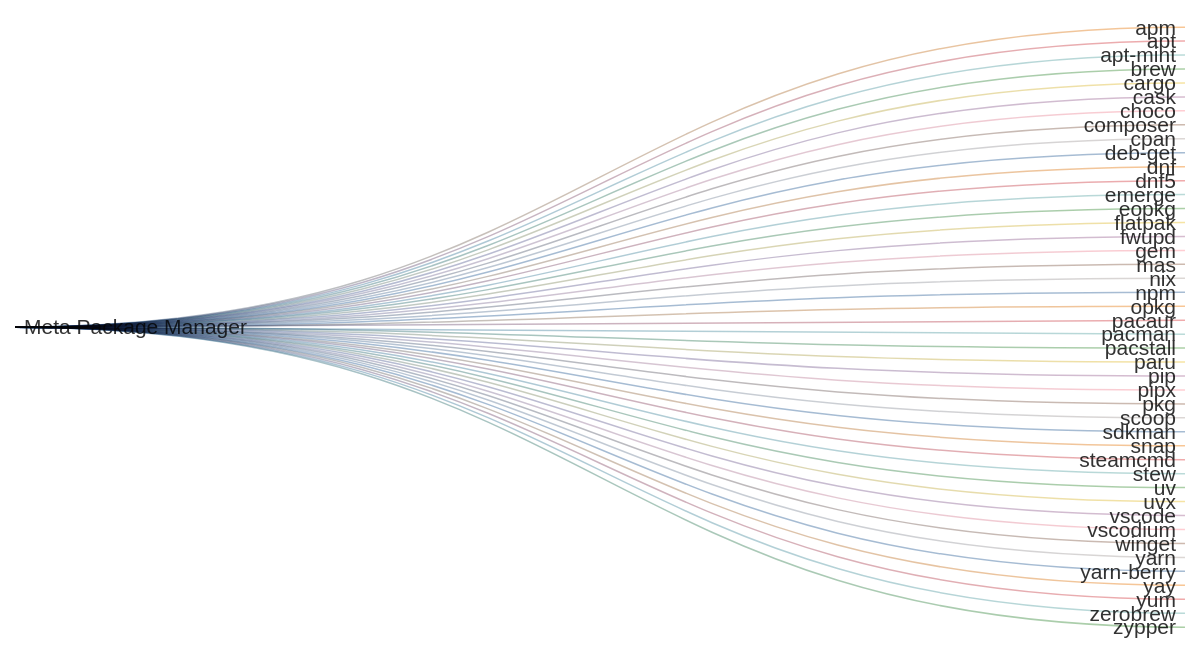
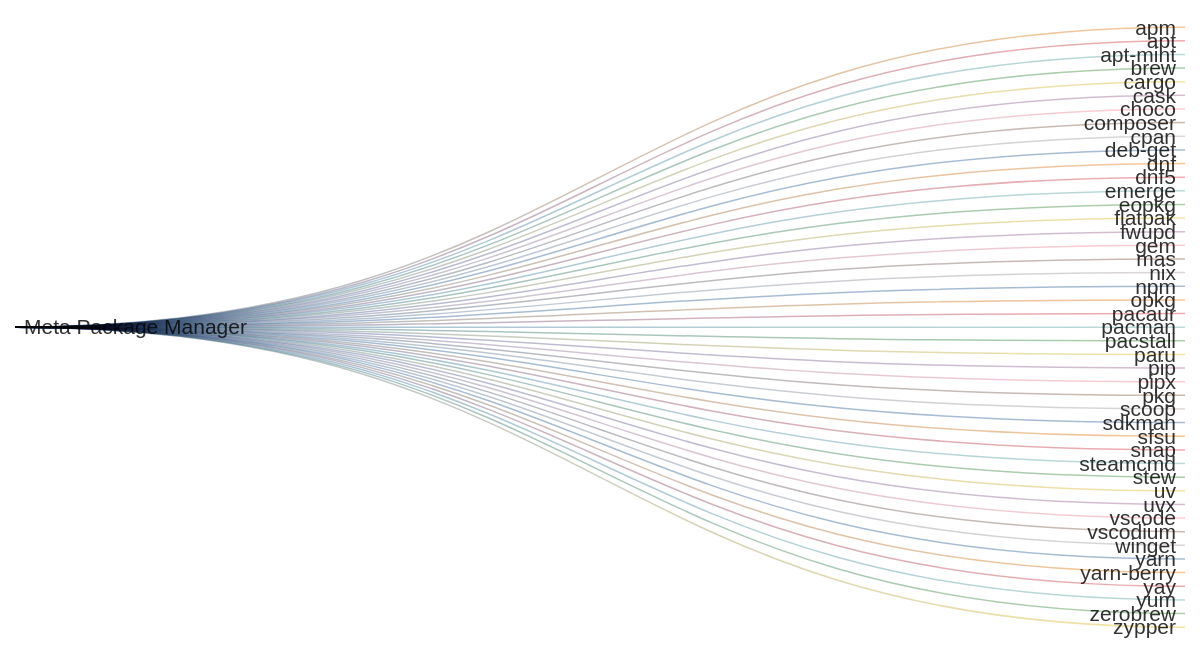
The diagram in readme.md (kdeldycke/meta-package-manager), drawn with Mermaid before and after one commit. The commit also changed other lines of this file and 6 other files, not shown here.

````diff
--- a/readme.md
+++ b/readme.md
@@ -70,51 +70,52 @@
 ```mermaid
 ---
 config: {"sankey": {"showValues": false, "width": 800, "height": 400}}
 ---
 sankey-beta
 
 Meta Package Manager,apm,1
 Meta Package Manager,apt,1
 Meta Package Manager,apt-mint,1
 Meta Package Manager,brew,1
 Meta Package Manager,cargo,1
 Meta Package Manager,cask,1
 Meta Package Manager,choco,1
 Meta Package Manager,composer,1
 Meta Package Manager,cpan,1
 Meta Package Manager,deb-get,1
 Meta Package Manager,dnf,1
 Meta Package Manager,dnf5,1
 Meta Package Manager,emerge,1
 Meta Package Manager,eopkg,1
 Meta Package Manager,flatpak,1
 Meta Package Manager,fwupd,1
 Meta Package Manager,gem,1
 Meta Package Manager,mas,1
 Meta Package Manager,nix,1
 Meta Package Manager,npm,1
 Meta Package Manager,opkg,1
 Meta Package Manager,pacaur,1
 Meta Package Manager,pacman,1
 Meta Package Manager,pacstall,1
 Meta Package Manager,paru,1
 Meta Package Manager,pip,1
 Meta Package Manager,pipx,1
 Meta Package Manager,pkg,1
 Meta Package Manager,scoop,1
 Meta Package Manager,sdkman,1
+Meta Package Manager,sfsu,1
 Meta Package Manager,snap,1
 Meta Package Manager,steamcmd,1
 Meta Package Manager,stew,1
 Meta Package Manager,uv,1
 Meta Package Manager,uvx,1
 Meta Package Manager,vscode,1
 Meta Package Manager,vscodium,1
 Meta Package Manager,winget,1
 Meta Package Manager,yarn,1
 Meta Package Manager,yarn-berry,1
 Meta Package Manager,yay,1
 Meta Package Manager,yum,1
 Meta Package Manager,zerobrew,1
 Meta Package Manager,zypper,1
 ```
````
